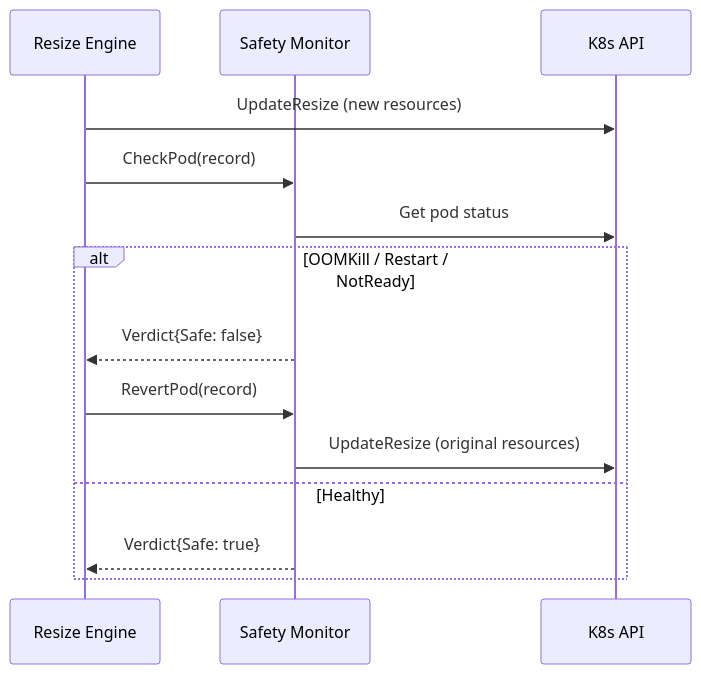
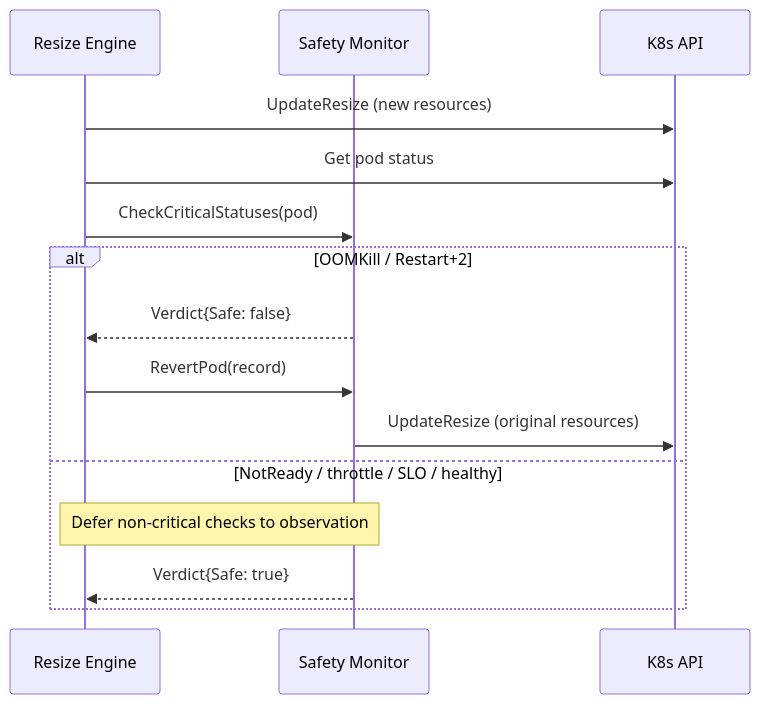
Before and after one commit to attune-io/attune: the second of 2 diagrams in docs/architecture/safety.md, drawn with Mermaid. The commit also changed other lines of this file and 3 other files, not shown here.

````diff
--- a/docs/architecture/safety.md
+++ b/docs/architecture/safety.md
@@ -208,17 +213,18 @@
 ```mermaid
 sequenceDiagram
     participant E as Resize Engine
     participant S as Safety Monitor
     participant K as K8s API
 
     E->>K: UpdateResize (new resources)
-    E->>S: CheckPod(record)
-    S->>K: Get pod status
-    alt OOMKill / Restart / NotReady
+    E->>K: Get pod status
+    E->>S: CheckCriticalStatuses(pod)
+    alt OOMKill / Restart+2
         S-->>E: Verdict{Safe: false}
         E->>S: RevertPod(record)
         S->>K: UpdateResize (original resources)
-    else Healthy
+    else NotReady / throttle / SLO / healthy
+        Note over E,S: Defer non-critical checks to observation
         S-->>E: Verdict{Safe: true}
     end
 ```
````
